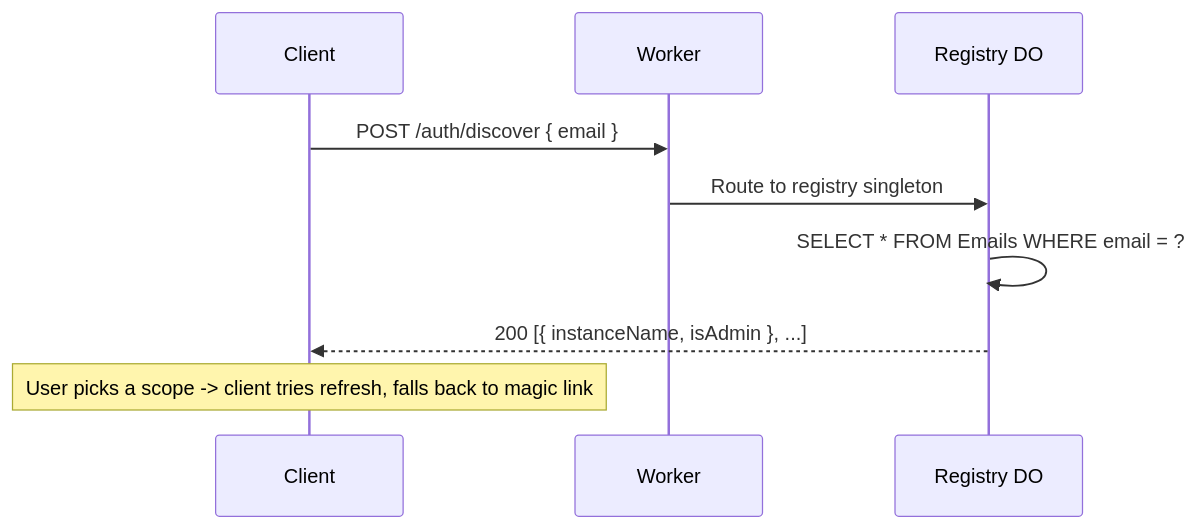
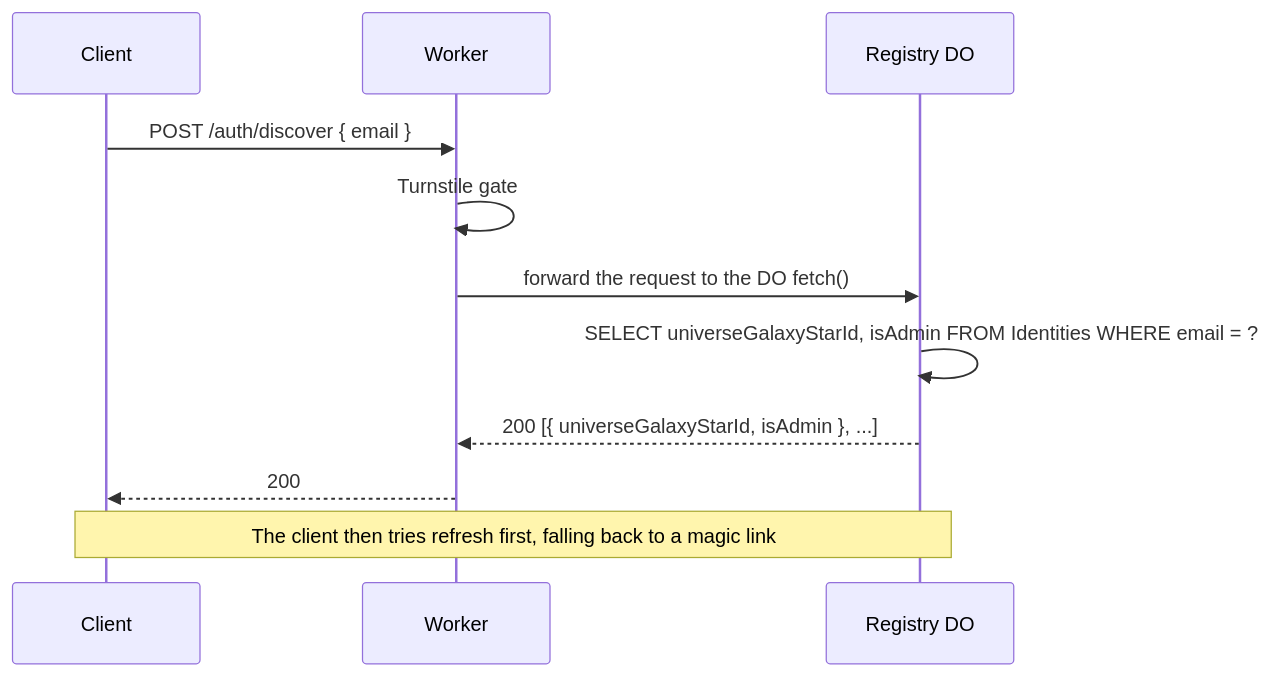
One commit to lumenize/lumenize changed the sixth of 8 diagrams in packages/nebula-auth/README.md. Above: the diagram before and after it, drawn with Mermaid. The commit also changed other lines of this file, not shown here.

First line of the commit message:
docs(nebula-auth): README describes the post-surrogate-sub architecture

````diff
--- a/packages/nebula-auth/README.md
+++ b/packages/nebula-auth/README.md
@@ -280,13 +296,15 @@
 ```mermaid
 sequenceDiagram
     participant C as Client
     participant W as Worker
     participant R as Registry DO
 
     C->>W: POST /auth/discover { email }
-    W->>R: Route to registry singleton
-    R->>R: SELECT * FROM Emails WHERE email = ?
-    R-->>C: 200 [{ instanceName, isAdmin }, ...]
+    W->>W: Turnstile gate
+    W->>R: forward the request to the DO fetch()
+    R->>R: SELECT universeGalaxyStarId, isAdmin FROM Identities WHERE email = ?
+    R-->>W: 200 [{ universeGalaxyStarId, isAdmin }, ...]
+    W-->>C: 200
 
-    Note over C: User picks a scope -> client tries refresh, falls back to magic link
+    Note over C,R: The client then tries refresh first, falling back to a magic link
 ```
````
